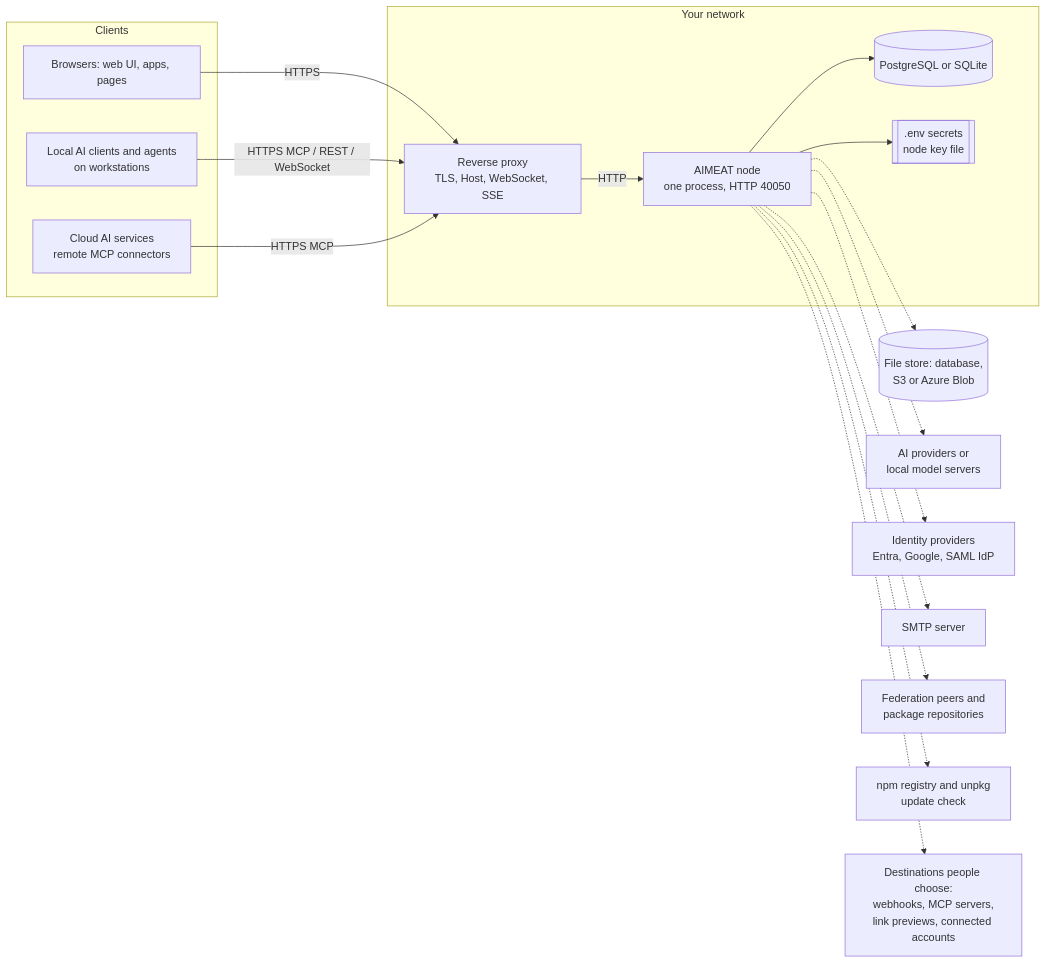
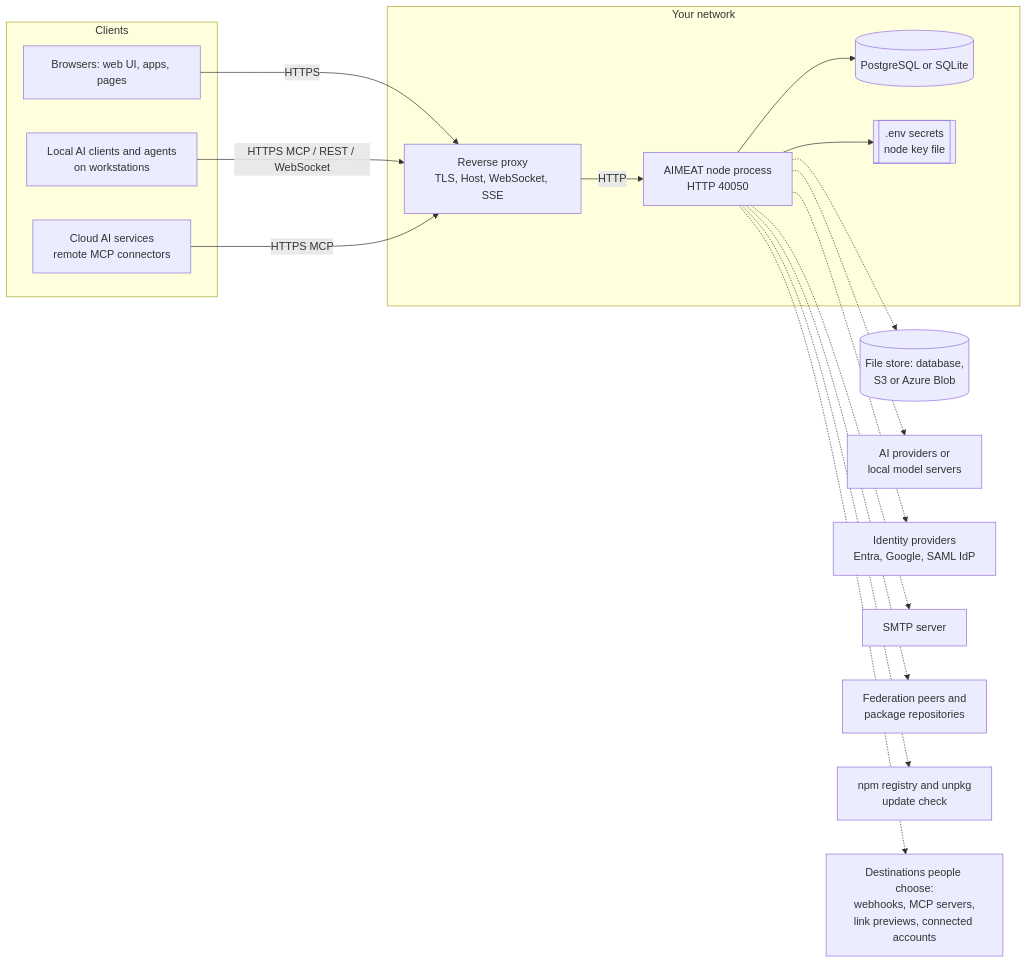
Before and after one commit to miikkij/aimeat-protocol: the diagram in docs/it-adoption/02-architecture.md, drawn with Mermaid. The commit also changed other lines of this file and 11 other files, not shown here.

````diff
--- a/docs/it-adoption/02-architecture.md
+++ b/docs/it-adoption/02-architecture.md
@@ -27,35 +27,35 @@
 ```mermaid
 flowchart LR
   subgraph Clients
     B[Browsers: web UI, apps, pages]
     LC[Local AI clients and agents<br/>on workstations]
     CC[Cloud AI services<br/>remote MCP connectors]
   end
   subgraph Your_network[Your network]
     P[Reverse proxy<br/>TLS, Host, WebSocket, SSE]
-    N[AIMEAT node<br/>one process, HTTP 40050]
+    N[AIMEAT node process<br/>HTTP 40050]
     DB[(PostgreSQL or SQLite)]
     K[[.env secrets<br/>node key file]]
   end
   FS[(File store: database,<br/>S3 or Azure Blob)]
   AI[AI providers or<br/>local model servers]
   IDP[Identity providers<br/>Entra, Google, SAML IdP]
   M[SMTP server]
   F[Federation peers and<br/>package repositories]
   U[npm registry and unpkg<br/>update check]
   X[Destinations people choose:<br/>webhooks, MCP servers,<br/>link previews, connected accounts]
 
   B -- HTTPS --> P
   LC -- HTTPS MCP / REST / WebSocket --> P
   CC -- HTTPS MCP --> P
   P -- HTTP --> N
   N --> DB
   N --> K
   N -.-> FS
   N -.-> AI
   N -.-> IDP
   N -.-> M
   N -.-> F
   N -.-> U
   N -.-> X
 ```
````
